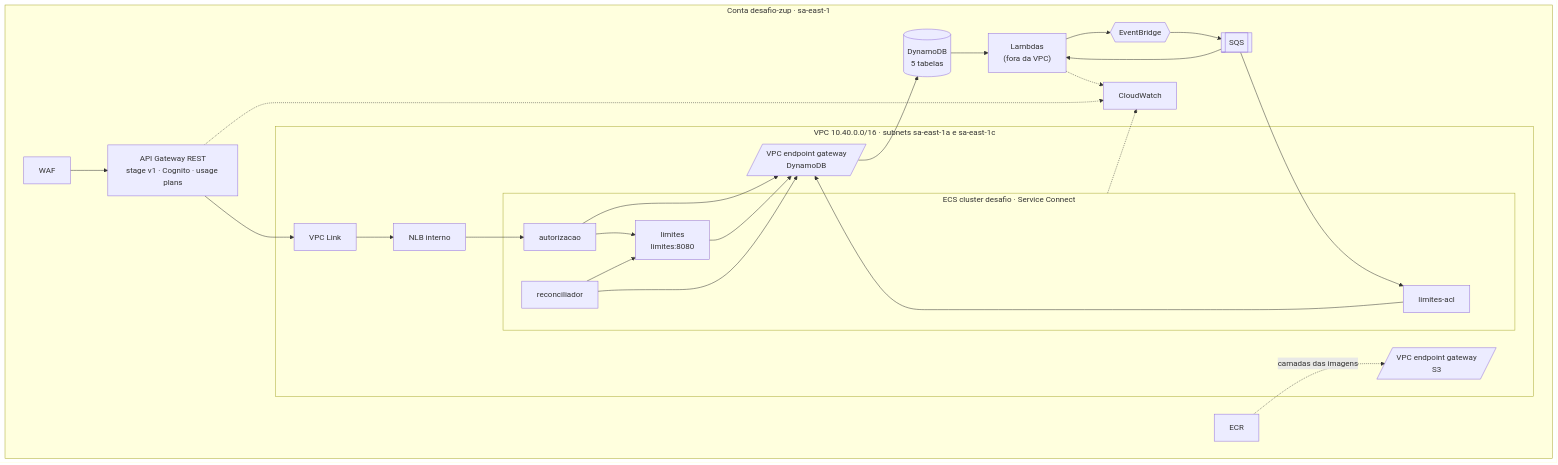
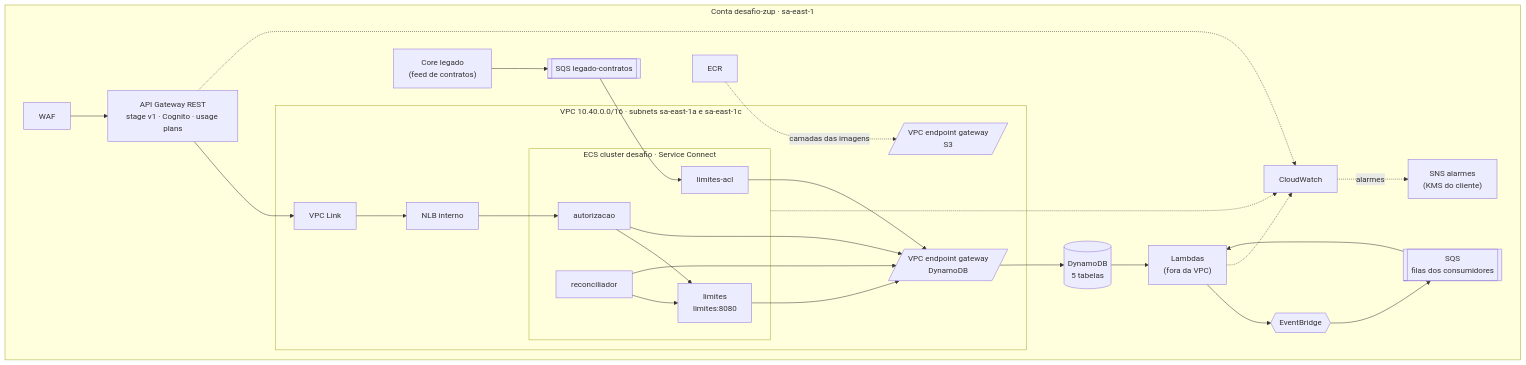
The diagram in docs/arquitetura/diagramas/05-implantacao-aws.mmd (giovanedms/desafio-zup), drawn with Mermaid before and after one commit. The commit also changed 19 other files, not shown here.

First line of the commit message:
Integração do painel 5: pendências entre frentes, matriz de cobertura e diagramas

```diff
--- a/docs/arquitetura/diagramas/05-implantacao-aws.mmd
+++ b/docs/arquitetura/diagramas/05-implantacao-aws.mmd
@@ -1,39 +1,44 @@
 flowchart TB
   subgraph ACC["Conta desafio-zup · sa-east-1"]
     WAF[WAF] --> GW["API Gateway REST<br/>stage v1 · Cognito · usage plans"]
     subgraph VPC["VPC 10.40.0.0/16 · subnets sa-east-1a e sa-east-1c"]
       VPCL[VPC Link] --> NLB[NLB interno]
       subgraph ECS["ECS cluster desafio · Service Connect"]
         AUT[autorizacao]
         LIMS["limites<br/>limites:8080"]
         ACL[limites-acl]
         REC[reconciliador]
       end
       EPD[/"VPC endpoint gateway<br/>DynamoDB"/]
       EPS[/"VPC endpoint gateway<br/>S3"/]
     end
     GW --> VPCL
     NLB --> AUT
     AUT --> LIMS
     REC --> LIMS
     DDB[("DynamoDB<br/>5 tabelas")]
     EB{{EventBridge}}
-    SQS[[SQS]]
+    SQS[["SQS<br/>filas dos consumidores"]]
+    LEG[["SQS legado-contratos"]]
+    CORE["Core legado<br/>(feed de contratos)"]
+    SNS["SNS alarmes<br/>(KMS do cliente)"]
     LAM["Lambdas<br/>(fora da VPC)"]
     ECR[ECR]
     CW[CloudWatch]
     AUT --> EPD
     LIMS --> EPD
     ACL --> EPD
     REC --> EPD
     EPD --> DDB
     ECR -.->|camadas das imagens| EPS
     DDB --> LAM
     LAM --> EB
     EB --> SQS
     SQS --> LAM
-    SQS --> ACL
+    CORE --> LEG
+    LEG --> ACL
+    CW -. alarmes .-> SNS
     ECS -.-> CW
     LAM -.-> CW
     GW -.-> CW
   end
```
